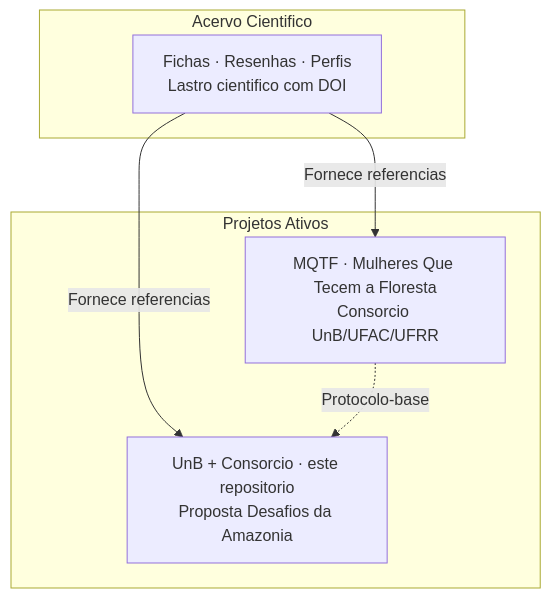
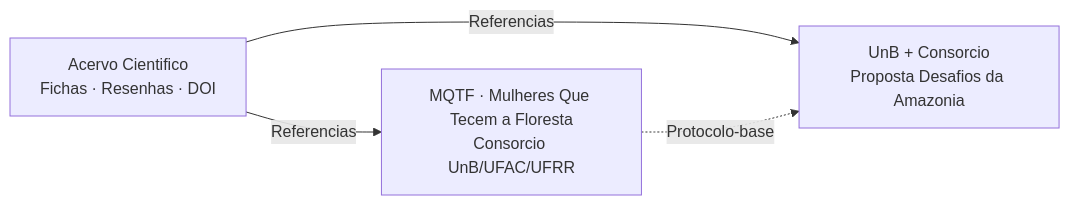
Before and after one commit to takwaratec/unb-desafios-amazonia-2026: the diagram in README.md, drawn with Mermaid.

Commit message:
fix: Mermaid simplificado (LR sem subgrafos)

````diff
--- a/README.md
+++ b/README.md
@@ -72,13 +72,10 @@
 ```mermaid
-flowchart TB
-    subgraph Central["Acervo Cientifico"]
-        AC["Fichas · Resenhas · Perfis<br/>Lastro cientifico com DOI"]
-    end
-    subgraph Projetos["Projetos Ativos"]
-        MQ["MQTF · Mulheres Que Tecem a Floresta<br/>Consorcio UnB/UFAC/UFRR"]
-        DA["UnB + Consorcio · este repositorio<br/>Proposta Desafios da Amazonia"]
-    end
-    AC -->|"Fornece referencias"| MQ
-    AC -->|"Fornece referencias"| DA
-    MQ -.->|"Protocolo-base"| DA
+flowchart LR
+    AC["Acervo Cientifico<br/>Fichas · Resenhas · DOI"]
+    MQ["MQTF · Mulheres Que Tecem a Floresta<br/>Consorcio UnB/UFAC/UFRR"]
+    DA["UnB + Consorcio<br/>Proposta Desafios da Amazonia"]
+
+    AC -->|Referencias| MQ
+    AC -->|Referencias| DA
+    MQ -.->|Protocolo-base| DA
 ```
````
